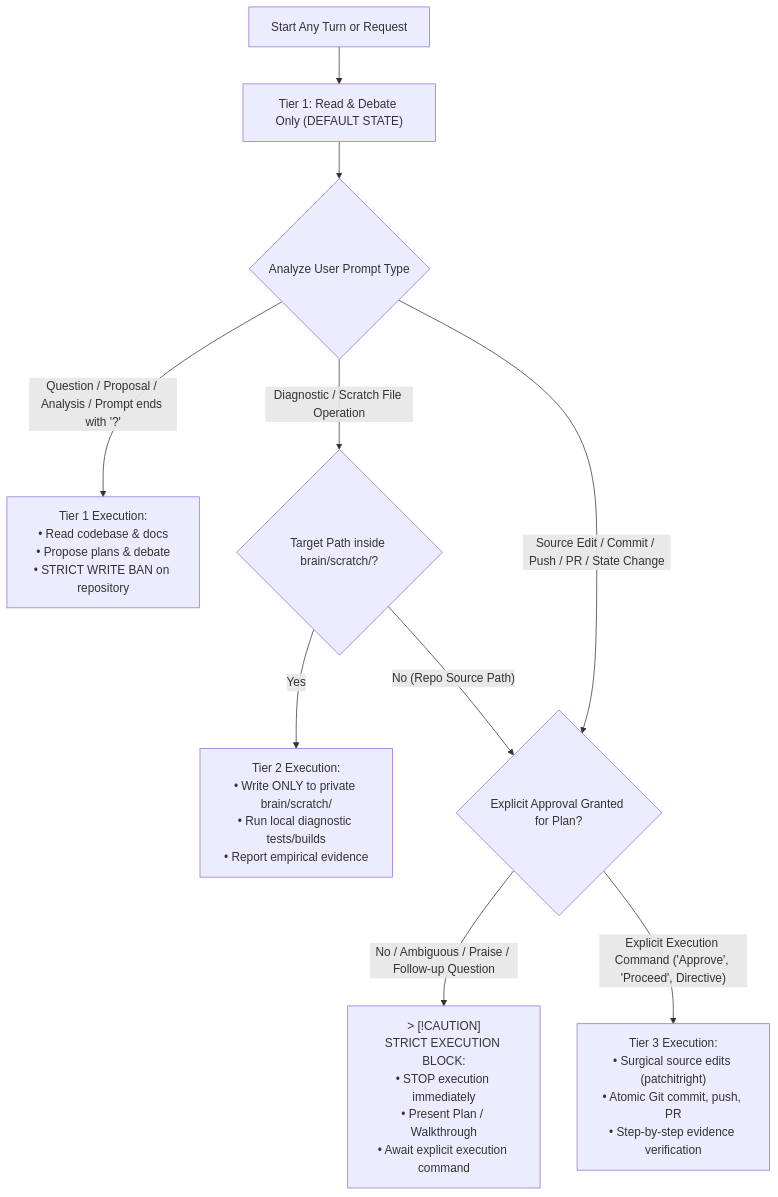
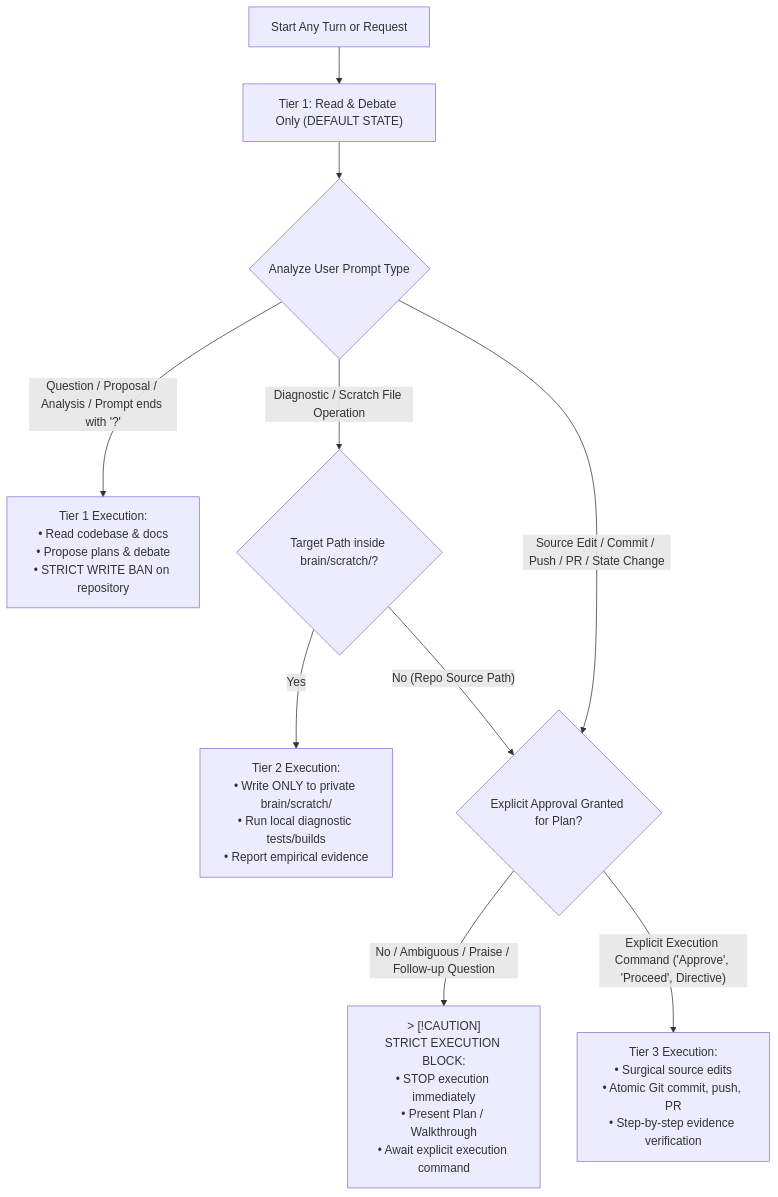
One commit to loerei/myskills changed the second of 7 diagrams in AGENTS.md. Above: the diagram before and after it, drawn with Mermaid. The commit also changed other lines of this file, not shown here.

Commit message:
docs: remove tool redundancy in Section 1 per write-for-ai rules

````diff
--- a/AGENTS.md
+++ b/AGENTS.md
@@ -16,18 +16,18 @@
 ```mermaid
 flowchart TD
     TurnStart["Start Any Turn or Request"] --> Tier1Default["Tier 1: Read & Debate Only (DEFAULT STATE)"]
     
     Tier1Default --> InputAnalysis{"Analyze User Prompt Type"}
     
     InputAnalysis -->|"Question / Proposal / Analysis / Prompt ends with '?'"| Tier1Exec["Tier 1 Execution:<br/>• Read codebase & docs<br/>• Propose plans & debate<br/>• STRICT WRITE BAN on repository"]
     
     InputAnalysis -->|"Diagnostic / Scratch File Operation"| PathCheck{"Target Path inside brain/scratch/?"}
     PathCheck -->|"Yes"| Tier2Exec["Tier 2 Execution:<br/>• Write ONLY to private brain/scratch/<br/>• Run local diagnostic tests/builds<br/>• Report empirical evidence"]
     PathCheck -->|"No (Repo Source Path)"| Tier3Gate
     
     InputAnalysis -->|"Source Edit / Commit / Push / PR / State Change"| Tier3Gate{"Explicit Approval Granted for Plan?"}
     
     Tier3Gate -->|"No / Ambiguous / Praise / Follow-up Question"| Tier3Block["> [!CAUTION]<br/>STRICT EXECUTION BLOCK:<br/>• STOP execution immediately<br/>• Present Plan / Walkthrough<br/>• Await explicit execution command"]
     
-    Tier3Gate -->|"Explicit Execution Command ('Approve', 'Proceed', Directive)"| Tier3Exec["Tier 3 Execution:<br/>• Surgical source edits (patchitright)<br/>• Atomic Git commit, push, PR<br/>• Step-by-step evidence verification"]
+    Tier3Gate -->|"Explicit Execution Command ('Approve', 'Proceed', Directive)"| Tier3Exec["Tier 3 Execution:<br/>• Surgical source edits<br/>• Atomic Git commit, push, PR<br/>• Step-by-step evidence verification"]
 ```
````
